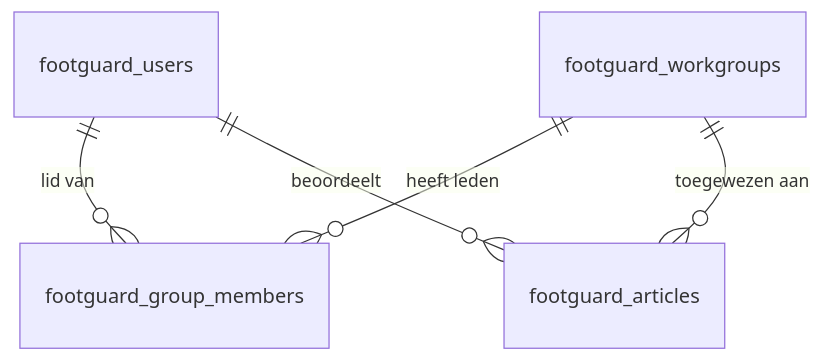
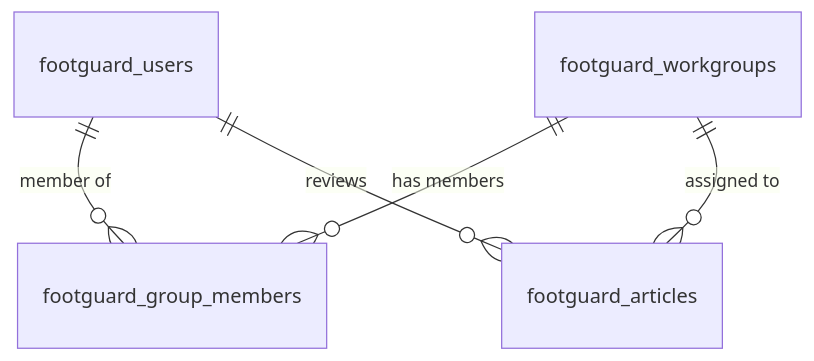
Before and after one commit to fdnd-agency/footguard: the diagram in README.md, drawn with Mermaid. The commit also changed other lines of this file, not shown here.

````diff
--- a/README.md
+++ b/README.md
@@ -73,7 +81,7 @@
 ```mermaid
 erDiagram
-  footguard_users ||--o{ footguard_group_members : "lid van"
-  footguard_workgroups ||--o{ footguard_group_members : "heeft leden"
-  footguard_workgroups ||--o{ footguard_articles : "toegewezen aan"
-  footguard_users ||--o{ footguard_articles : "beoordeelt"
+  footguard_users ||--o{ footguard_group_members : "member of"
+  footguard_workgroups ||--o{ footguard_group_members : "has members"
+  footguard_workgroups ||--o{ footguard_articles : "assigned to"
+  footguard_users ||--o{ footguard_articles : "reviews"
 ```
````
